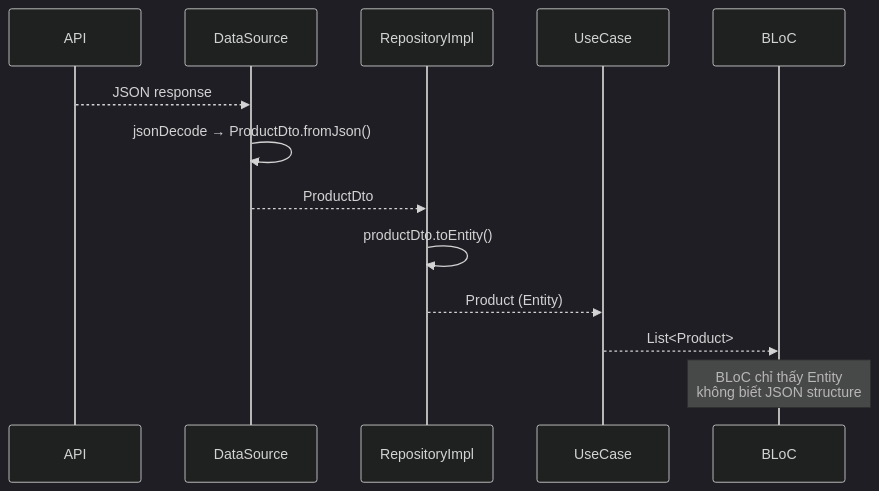
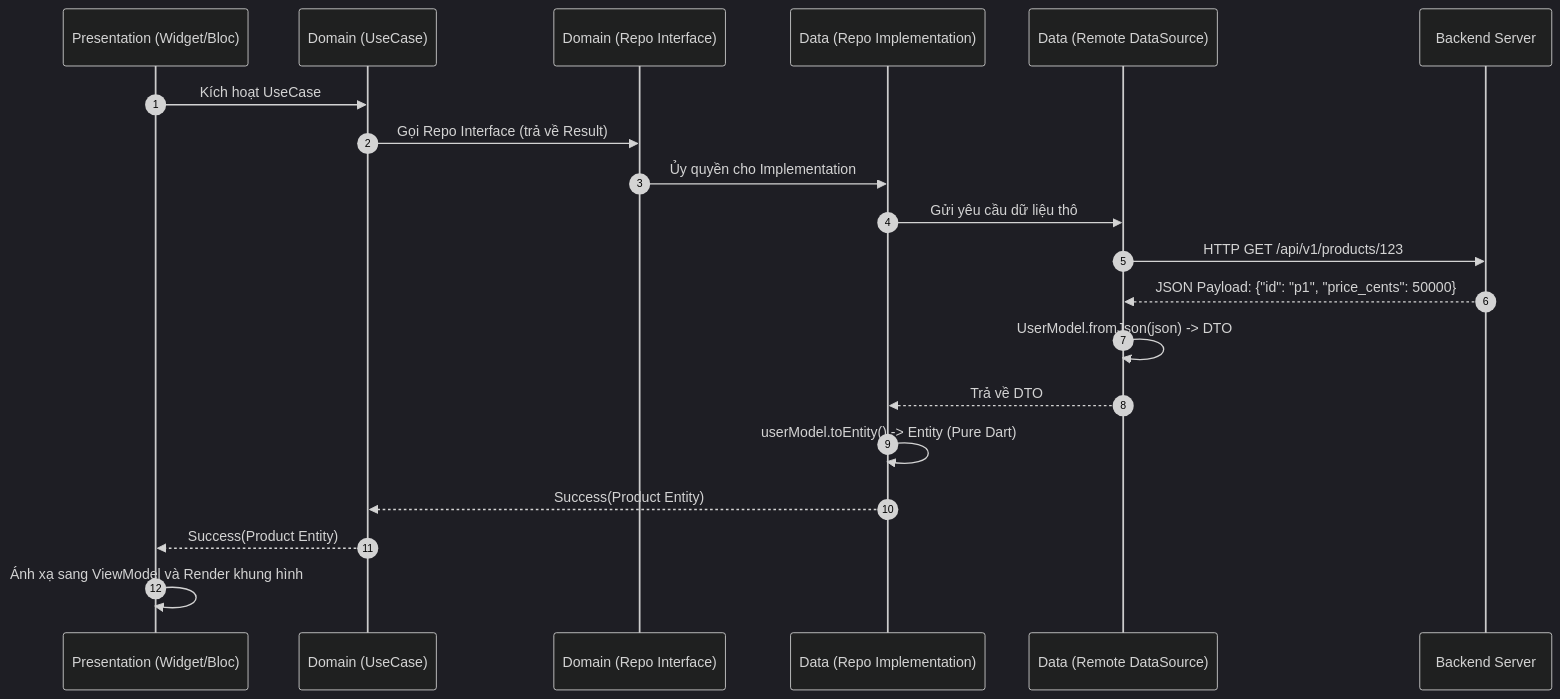
The second of 2 diagrams in flutter-intermediate/04-clean-architecture/02-entity-dto-repository-interface.md (tr4n/learn-flutter), drawn with Mermaid (dark theme) before and after one commit. The commit also changed other lines of this file and 12 other files, not shown here.

````diff
--- a/flutter-intermediate/04-clean-architecture/02-entity-dto-repository-interface.md
+++ b/flutter-intermediate/04-clean-architecture/02-entity-dto-repository-interface.md
@@ -28,16 +144,23 @@
 ```mermaid
 sequenceDiagram
-    participant API
-    participant DS as DataSource
-    participant Repo as RepositoryImpl
-    participant UC as UseCase
-    participant BLoC
+    autonumber
+    participant UI as Presentation (Widget/Bloc)
+    participant UC as Domain (UseCase)
+    participant RI as Domain (Repo Interface)
+    participant RP as Data (Repo Implementation)
+    participant DS as Data (Remote DataSource)
+    participant API as Backend Server
 
-    API-->>DS: JSON response
-    DS->>DS: jsonDecode → ProductDto.fromJson()
-    DS-->>Repo: ProductDto
-    Repo->>Repo: productDto.toEntity()
-    Repo-->>UC: Product (Entity)
-    UC-->>BLoC: List<Product>
-    Note over BLoC: BLoC chỉ thấy Entity<br/>không biết JSON structure
+    UI->>UC: Kích hoạt UseCase
+    UC->>RI: Gọi Repo Interface (trả về Result)
+    RI->>RP: Ủy quyền cho Implementation
+    RP->>DS: Gửi yêu cầu dữ liệu thô
+    DS->>API: HTTP GET /api/v1/products/123
+    API-->>DS: JSON Payload: {"id": "p1", "price_cents": 50000}
+    DS->>DS: UserModel.fromJson(json) -> DTO
+    DS-->>RP: Trả về DTO
+    RP->>RP: userModel.toEntity() -> Entity (Pure Dart)
+    RP-->>UC: Success(Product Entity)
+    UC-->>UI: Success(Product Entity)
+    UI->>UI: Ánh xạ sang ViewModel và Render khung hình
 ```
````
